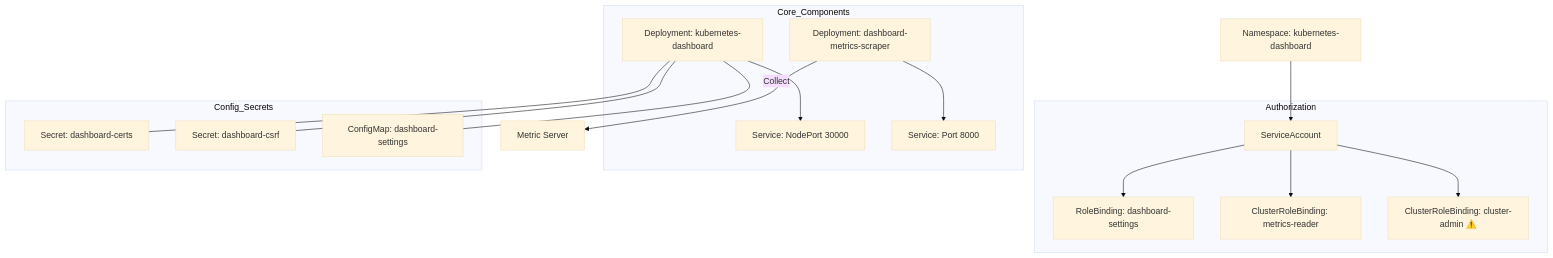
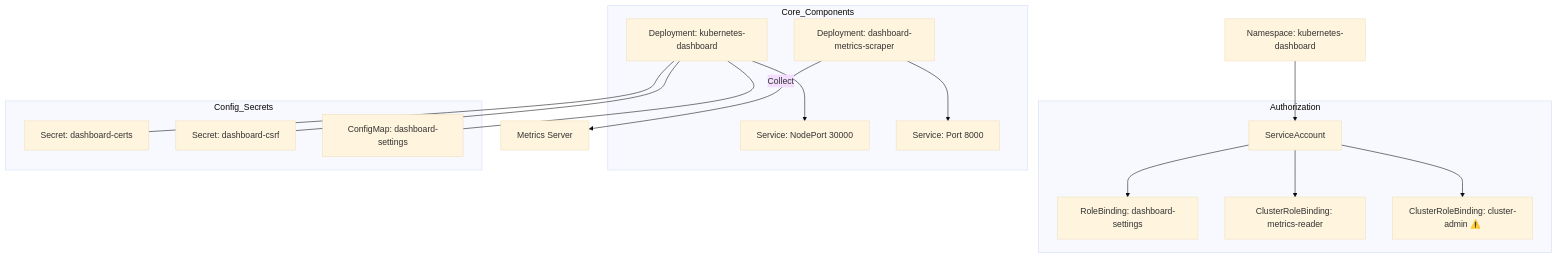
One commit to jeonck/k8s-adv changed the diagram in content/labs/21-kubernetes-dashboard-yaml.md. Above: the diagram before and after it, drawn with Mermaid (base theme). The commit also changed other lines of this file and 53 other files, not shown here.

````diff
--- a/content/labs/21-kubernetes-dashboard-yaml.md
+++ b/content/labs/21-kubernetes-dashboard-yaml.md
@@ -578,24 +578,24 @@
 ```mermaid
 graph TD
     NS[Namespace: kubernetes-dashboard] --> SA[ServiceAccount]
     
     subgraph Authorization
     SA --> RB1[RoleBinding: dashboard-settings]
     SA --> RB2[ClusterRoleBinding: metrics-reader]
     SA --> RB3[ClusterRoleBinding: cluster-admin ⚠️]
     end
     
     subgraph Core_Components
     DEP1[Deployment: kubernetes-dashboard] --> SVC1[Service: NodePort 30000]
     DEP2[Deployment: dashboard-metrics-scraper] --> SVC2[Service: Port 8000]
     end
     
     subgraph Config_Secrets
     S1[Secret: dashboard-certs]
     S2[Secret: dashboard-csrf]
     C1[ConfigMap: dashboard-settings]
     end
     
     DEP1 --- S1 & S2 & C1
-    DEP2 -- "Collect" --> MS[Metric Server]
+    DEP2 -- "Collect" --> MS[Metrics Server]
 ```
````
